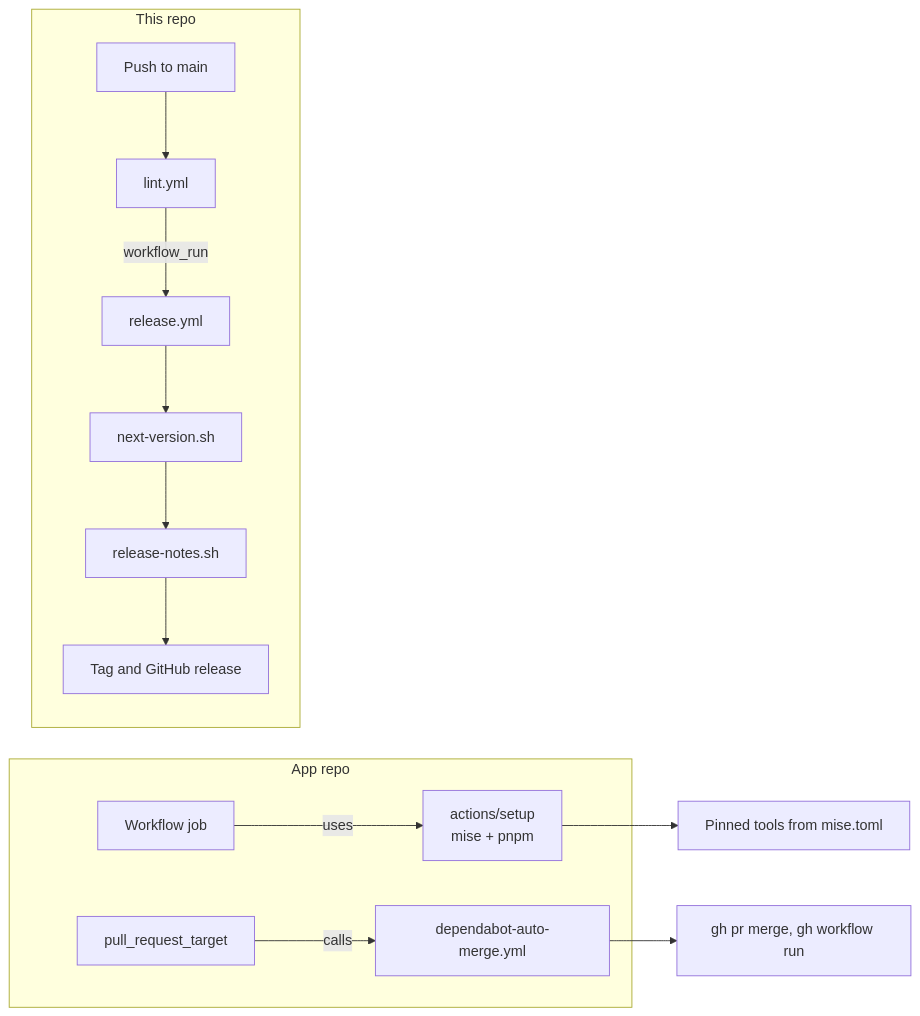
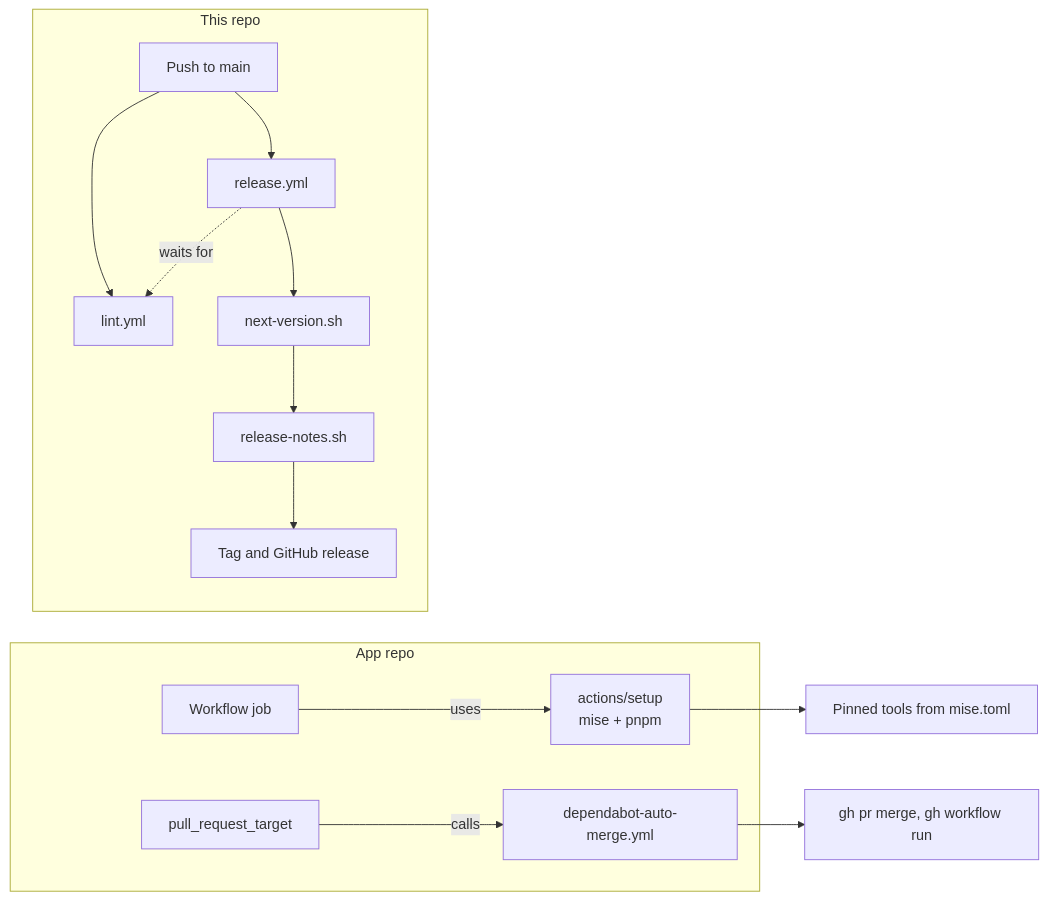
The diagram in docs/architecture.md (workbench-soft/ci), drawn with Mermaid before and after one commit. The commit also changed other lines of this file and 10 other files, not shown here.

````diff
--- a/docs/architecture.md
+++ b/docs/architecture.md
@@ -5,14 +5,15 @@
 ```mermaid
 flowchart LR
   subgraph app["App repo"]
     job["Workflow job"] -->|uses| setup["actions/setup<br/>mise + pnpm"]
     pr["pull_request_target"] -->|calls| auto["dependabot-auto-merge.yml"]
   end
   setup --> tools["Pinned tools from mise.toml"]
   auto --> gh["gh pr merge, gh workflow run"]
   subgraph own["This repo"]
     push["Push to main"] --> lint["lint.yml"]
-    lint -->|workflow_run| release["release.yml"]
+    push --> release["release.yml"]
+    release -.->|waits for| lint
     release --> version["next-version.sh"] --> notes["release-notes.sh"] --> tag["Tag and GitHub release"]
   end
 ```
````
